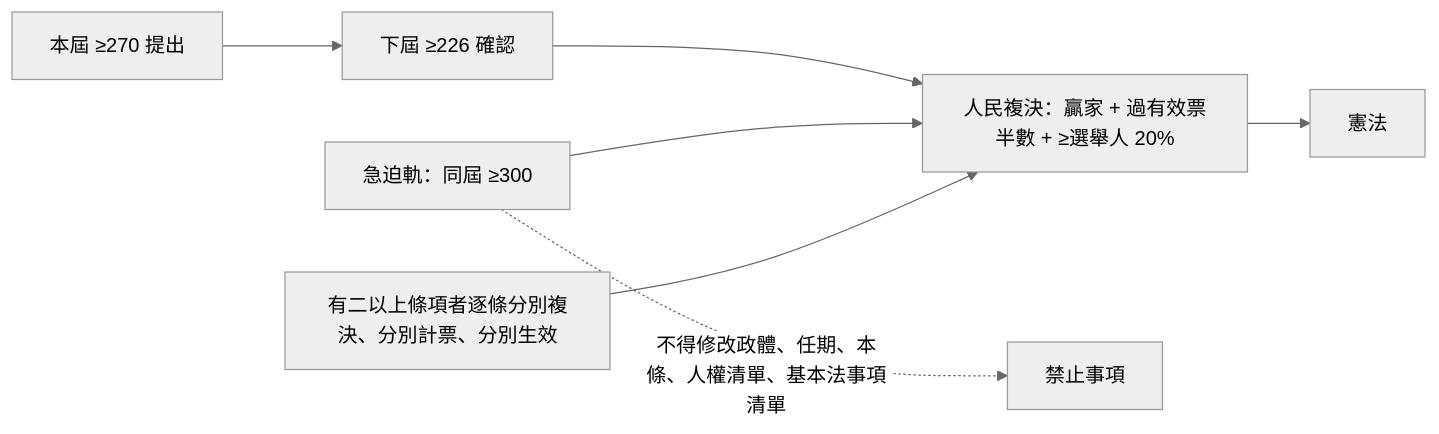
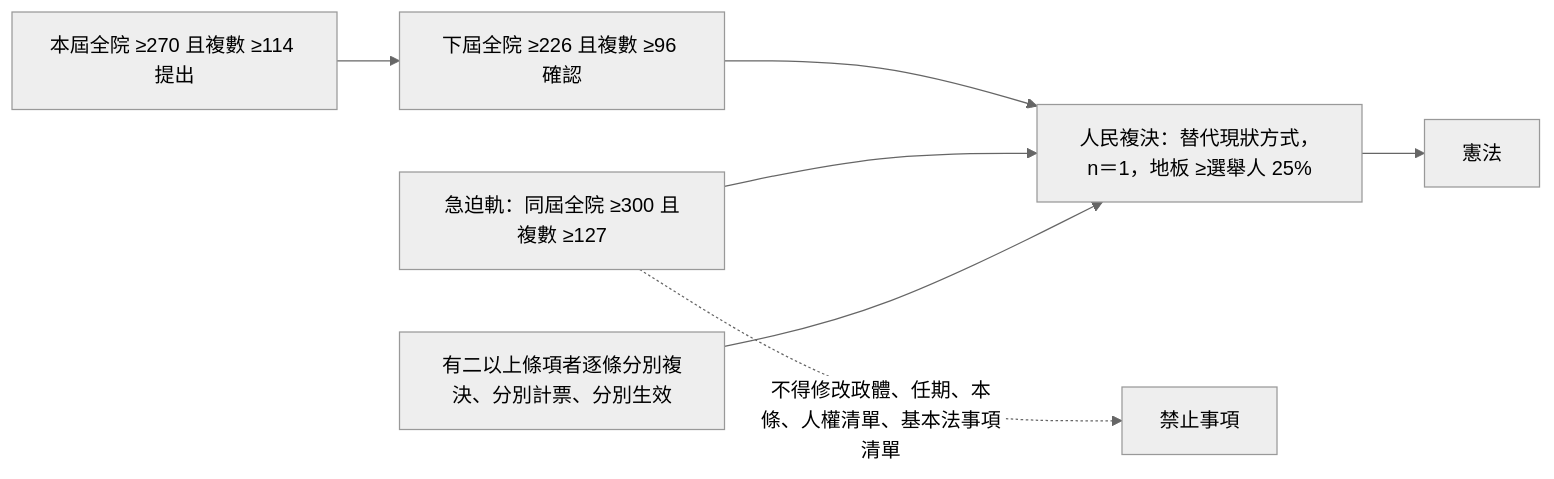
The sixth of 11 diagrams in topics/regime-designs/designs/中國/一院議會制/憲政架構圖.md (IRonROOT578/Political-Economy-Research-Public), drawn with Mermaid (neutral theme) before and after one commit. The commit also changed other lines of this file and 241 other files, not shown here.

````diff
--- a/topics/regime-designs/designs/中國/一院議會制/憲政架構圖.md
+++ b/topics/regime-designs/designs/中國/一院議會制/憲政架構圖.md
@@ -84,9 +85,9 @@
 ```mermaid
 flowchart LR
-  P1[本屆 ≥270 提出] --> P2[下屆 ≥226 確認]
-  P2 --> P3[人民複決：贏家 + 過有效票半數 + ≥選舉人 20%]
+  P1[本屆全院 ≥270 且複數 ≥114 提出] --> P2[下屆全院 ≥226 且複數 ≥96 確認]
+  P2 --> P3[人民複決：替代現狀方式，n＝1，地板 ≥選舉人 25%]
   P3 --> Const[憲法]
-  U1[急迫軌：同屆 ≥300] --> P3
+  U1[急迫軌：同屆全院 ≥300 且複數 ≥127] --> P3
   Split[有二以上條項者逐條分別複決、分別計票、分別生效] --> P3
   U1 -.->|不得修改政體、任期、本條、人權清單、基本法事項清單| X[禁止事項]
 ```
````
